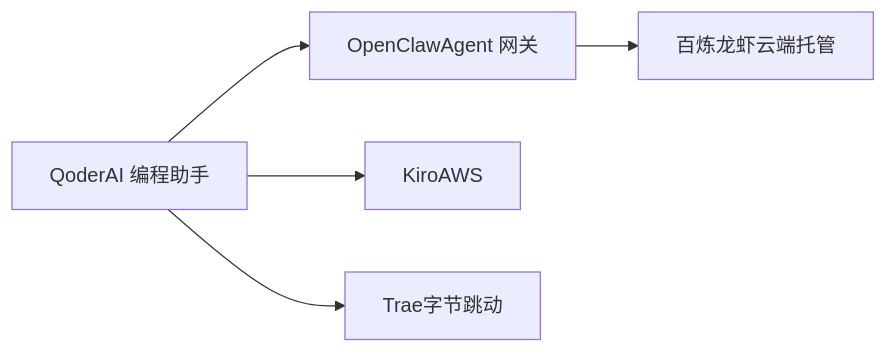
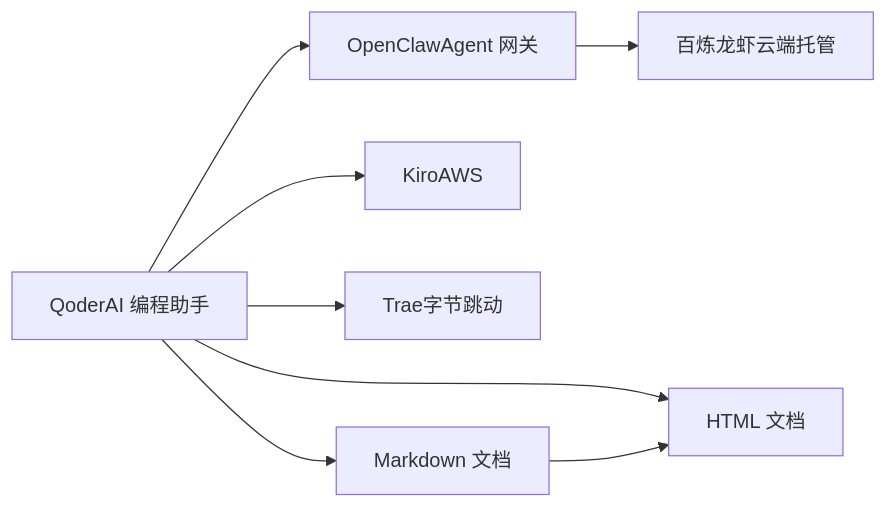
One commit to EthanNiWorld/AI-Native-SA-2026 changed the sixth of 6 diagrams in .qoder/repowiki/zh/content/知识库组织结构/厂商知识库/阿里云知识库/AI Coding（Qoder）.md. Above: the diagram before and after it, drawn with Mermaid. The commit also changed other lines of this file and 7 other files, not shown here.

````diff
--- a/.qoder/repowiki/zh/content/知识库组织结构/厂商知识库/阿里云知识库/AI Coding（Qoder）.md
+++ b/.qoder/repowiki/zh/content/知识库组织结构/厂商知识库/阿里云知识库/AI Coding（Qoder）.md
@@ -259,7 +310,10 @@
 ```mermaid
 graph LR
 Qoder["QoderAI 编程助手"] --> OpenClaw["OpenClawAgent 网关"]
 OpenClaw --> Baitun["百炼龙虾云端托管"]
 Qoder --> Kiro["KiroAWS"]
 Qoder --> Trae["Trae字节跳动"]
+Qoder --> MD["Markdown 文档"]
+Qoder --> HTML["HTML 文档"]
+MD --> HTML
 ```
````
